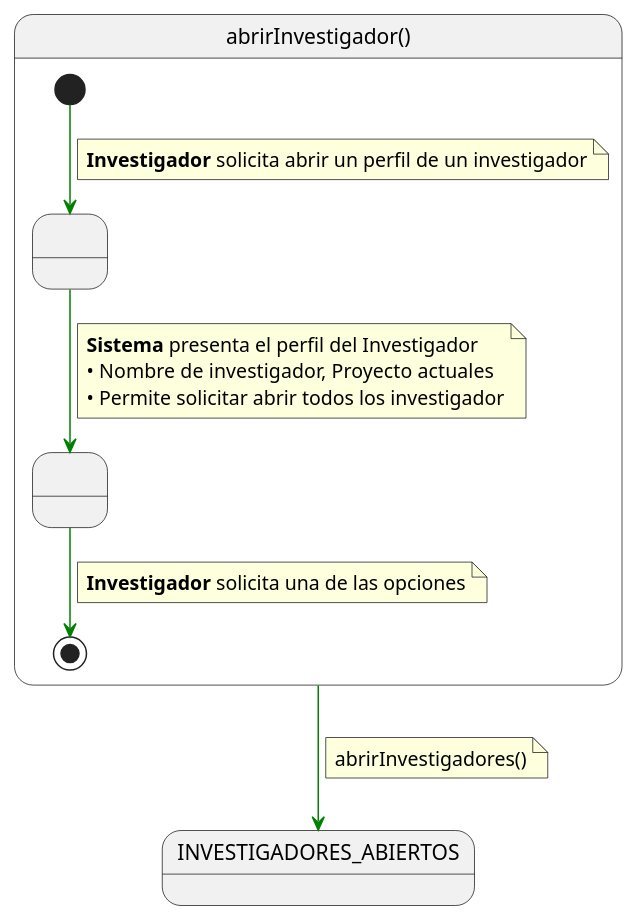
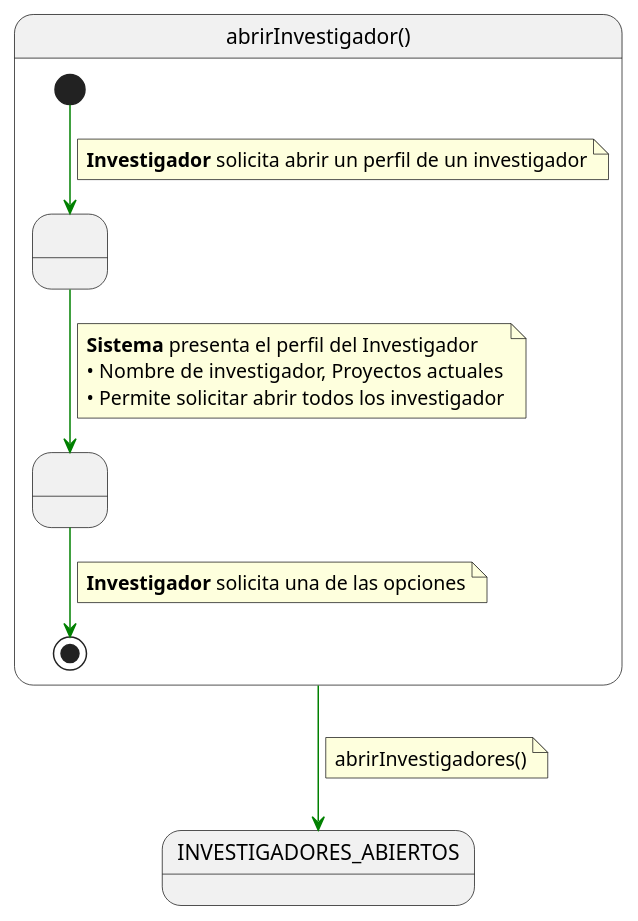
Before and after one commit to 31Diego/25-26-IdSw1-SdR: the diagram in documents/CasosDeUso/investigador/05-ver-investigadores/verInvestigador/abrirInvestigador.puml, drawn with PlantUML.

Commit message:
fix/otra letra mala

```diff
--- a/documents/CasosDeUso/investigador/05-ver-investigadores/verInvestigador/abrirInvestigador.puml
+++ b/documents/CasosDeUso/investigador/05-ver-investigadores/verInvestigador/abrirInvestigador.puml
@@ -1,33 +1,33 @@
 @startuml abrirInvestigador
 
 skinparam linetype polyline
 
 state abrirInvestigador as "abrirInvestigador()" {
 
     state " " as MostrandoInvestigador
     state " " as DetallesDeInvestigador
 
     [*] -[#green]-> MostrandoInvestigador 
     note on link
     <b>Investigador</b> solicita abrir un perfil de un investigador
     end note    
     
     MostrandoInvestigador -[#green]-> DetallesDeInvestigador
     note on link
     <b>Sistema</b> presenta el perfil del Investigador
-    • Nombre de investigador, Proyecto actuales
+    • Nombre de investigador, Proyectos actuales
     • Permite solicitar abrir todos los investigador
     end note
     
     DetallesDeInvestigador -[#green]-> [*]
     note on link
     <b>Investigador</b> solicita una de las opciones
     end note
 }
 
 abrirInvestigador -[#green]-> INVESTIGADORES_ABIERTOS
 note on link
 abrirInvestigadores()
 end note
 
 @enduml
```
